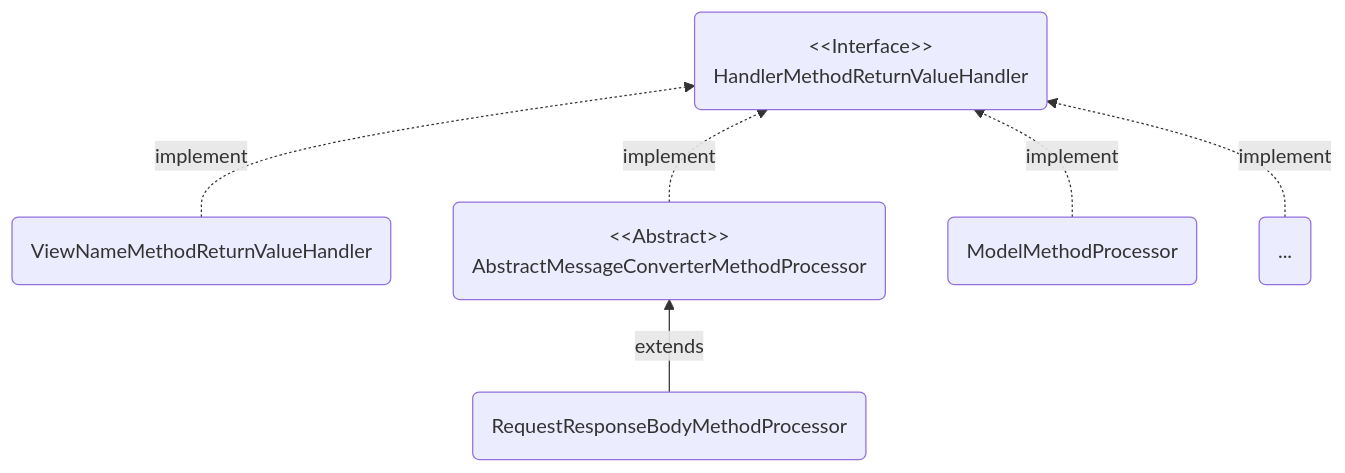
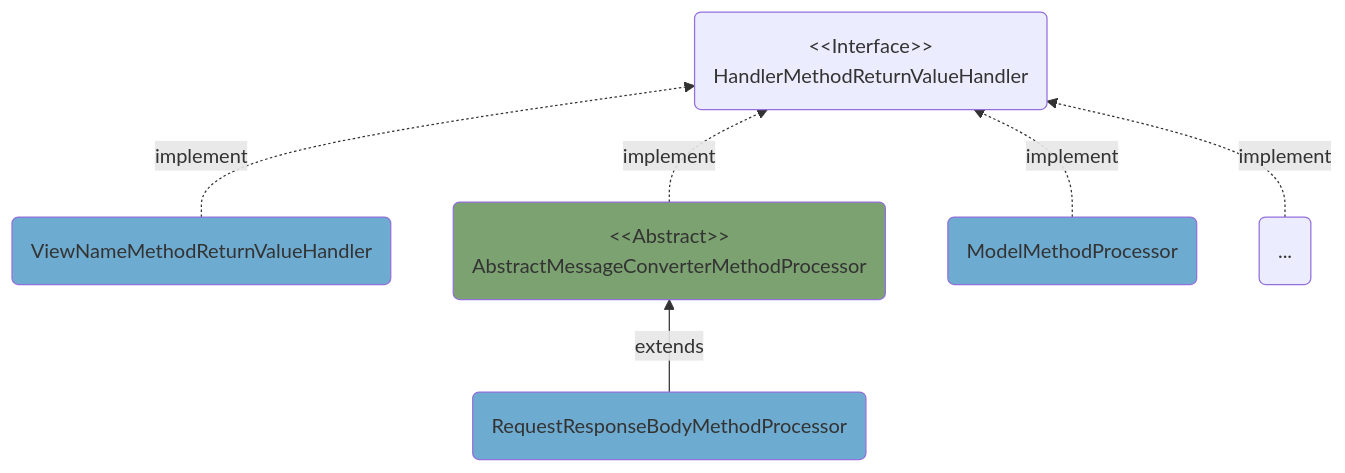
Before and after one commit to domeniczz/learnJavaDev: diagram 15 of 38 in DevTech/Spring.md, drawn with Mermaid. The commit also changed other lines of this file and 4 other files, not shown here.

````diff
--- a/DevTech/Spring.md
+++ b/DevTech/Spring.md
@@ -6395,7 +6639,9 @@
 ```mermaid
 flowchart BT
-  A("ViewNameMethodReturnValueHandler") -."implement".-> I("&lt;&lt;Interface&gt;&gt;<br/>HandlerMethodReturnValueHandler")
-  C("RequestResponseBodyMethodProcessor") --"extends"--> B("&lt;&lt;Abstract&gt;&gt;<br/>AbstractMessageConverterMethodProcessor") -."implement".-> I
-  D("ModelMethodProcessor") -."implement".-> I
+  A("ViewNameMethodReturnValueHandler"):::sclass -."implement".-> I("&lt;&lt;Interface&gt;&gt;<br/>HandlerMethodReturnValueHandler")
+  C("RequestResponseBodyMethodProcessor"):::sclass --"extends"--> B("&lt;&lt;Abstract&gt;&gt;<br/>AbstractMessageConverterMethodProcessor"):::aclass -."implement".-> I
+  D("ModelMethodProcessor"):::sclass -."implement".-> I
   E("...") -."implement".-> I
+  classDef sclass fill:#6eabd0;
+  classDef aclass fill:#7BA270;
 ```
````
